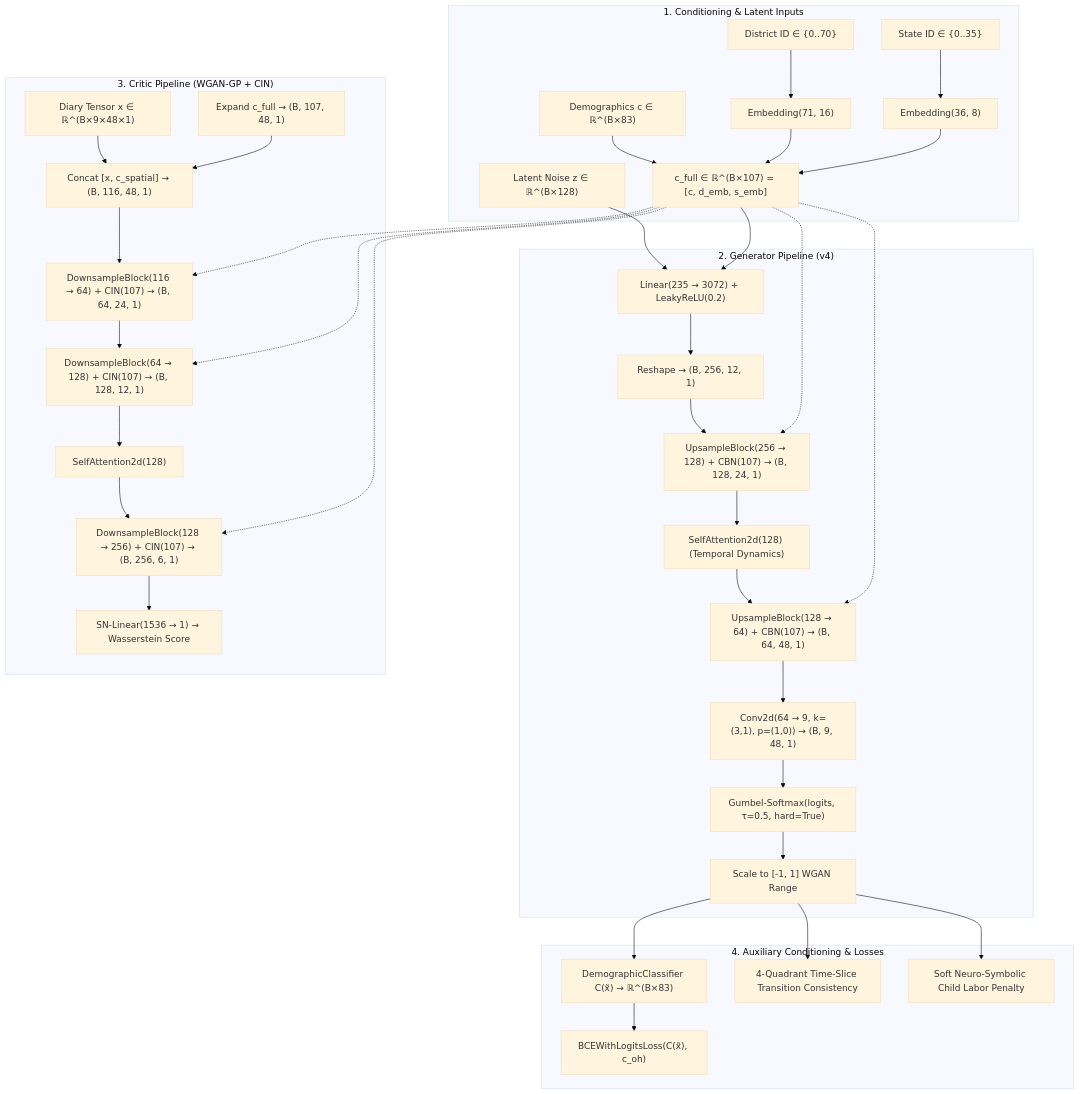
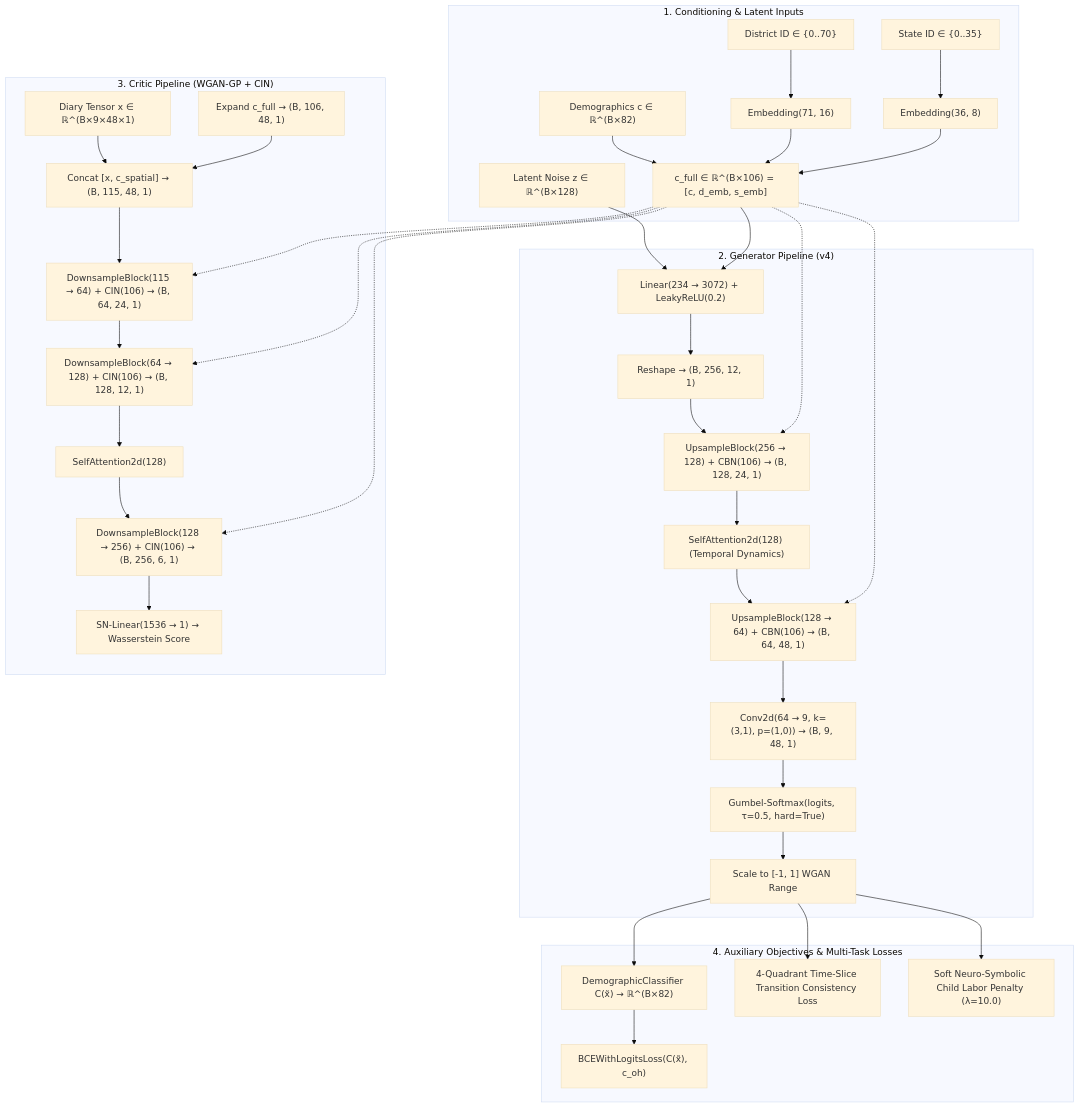
The diagram in README.md (venkat-nallapu/tusgan), drawn with Mermaid (base theme) before and after one commit. The commit also changed other lines of this file and 134 other files, not shown here.

````diff
--- a/README.md
+++ b/README.md
@@ -171,74 +432,74 @@
 ```mermaid
 flowchart TD
     subgraph Inputs["1. Conditioning & Latent Inputs"]
         Z["Latent Noise z ∈ ℝ^(B×128)"]
-        Cond["Demographics c ∈ ℝ^(B×83)"]
+        Cond["Demographics c ∈ ℝ^(B×82)"]
         Dist["District ID ∈ {0..70}"]
         State["State ID ∈ {0..35}"]
         DEmb["Embedding(71, 16)"]
         SEmb["Embedding(36, 8)"]
         Dist --> DEmb
         State --> SEmb
-        CondFull["c_full ∈ ℝ^(B×107) = [c, d_emb, s_emb]"]
+        CondFull["c_full ∈ ℝ^(B×106) = [c, d_emb, s_emb]"]
         Cond --> CondFull
         DEmb --> CondFull
         SEmb --> CondFull
     end
 
     subgraph Generator["2. Generator Pipeline (v4)"]
-        FC["Linear(235 → 3072) + LeakyReLU(0.2)"]
+        FC["Linear(234 → 3072) + LeakyReLU(0.2)"]
         Reshape["Reshape → (B, 256, 12, 1)"]
-        Up1["UpsampleBlock(256 → 128) + CBN(107) → (B, 128, 24, 1)"]
+        Up1["UpsampleBlock(256 → 128) + CBN(106) → (B, 128, 24, 1)"]
         Attn["SelfAttention2d(128) (Temporal Dynamics)"]
-        Up2["UpsampleBlock(128 → 64) + CBN(107) → (B, 64, 48, 1)"]
+        Up2["UpsampleBlock(128 → 64) + CBN(106) → (B, 64, 48, 1)"]
         OutConv["Conv2d(64 → 9, k=(3,1), p=(1,0)) → (B, 9, 48, 1)"]
         Gumbel["Gumbel-Softmax(logits, τ=0.5, hard=True)"]
         Scale["Scale to [-1, 1] WGAN Range"]
 
         Z --> FC
         CondFull --> FC
         FC --> Reshape
         Reshape --> Up1
         CondFull -.-> Up1
         Up1 --> Attn
         Attn --> Up2
         CondFull -.-> Up2
         Up2 --> OutConv
         OutConv --> Gumbel
         Gumbel --> Scale
     end
 
     subgraph Critic["3. Critic Pipeline (WGAN-GP + CIN)"]
         InputDiary["Diary Tensor x ∈ ℝ^(B×9×48×1)"]
-        SpatialCond["Expand c_full → (B, 107, 48, 1)"]
-        CatInput["Concat [x, c_spatial] → (B, 116, 48, 1)"]
-        Down1["DownsampleBlock(116 → 64) + CIN(107) → (B, 64, 24, 1)"]
-        Down2["DownsampleBlock(64 → 128) + CIN(107) → (B, 128, 12, 1)"]
+        SpatialCond["Expand c_full → (B, 106, 48, 1)"]
+        CatInput["Concat [x, c_spatial] → (B, 115, 48, 1)"]
+        Down1["DownsampleBlock(115 → 64) + CIN(106) → (B, 64, 24, 1)"]
+        Down2["DownsampleBlock(64 → 128) + CIN(106) → (B, 128, 12, 1)"]
         AttnC["SelfAttention2d(128)"]
-        Down3["DownsampleBlock(128 → 256) + CIN(107) → (B, 256, 6, 1)"]
+        Down3["DownsampleBlock(128 → 256) + CIN(106) → (B, 256, 6, 1)"]
         ScoreLinear["SN-Linear(1536 → 1) → Wasserstein Score"]
 
         InputDiary --> CatInput
         SpatialCond --> CatInput
         CatInput --> Down1
         CondFull -.-> Down1
         Down1 --> Down2
         CondFull -.-> Down2
         Down2 --> AttnC
         AttnC --> Down3
         CondFull -.-> Down3
         Down3 --> ScoreLinear
     end
 
-    subgraph Auxiliary["4. Auxiliary Conditioning & Losses"]
-        ACClassifier["DemographicClassifier C(x̃) → ℝ^(B×83)"]
+    subgraph Auxiliary["4. Auxiliary Objectives & Multi-Task Losses"]
+        ACClassifier["DemographicClassifier C(x̃) → ℝ^(B×82)"]
         L_Cond["BCEWithLogitsLoss(C(x̃), c_oh)"]
-        L_Trans["4-Quadrant Time-Slice Transition Consistency"]
-        L_Child["Soft Neuro-Symbolic Child Labor Penalty"]
+        L_Trans["4-Quadrant Time-Slice Transition Consistency Loss"]
+        L_Child["Soft Neuro-Symbolic Child Labor Penalty (λ=10.0)"]
 
         Scale --> ACClassifier
         ACClassifier --> L_Cond
         Scale --> L_Trans
         Scale --> L_Child
     end
 ```
````
